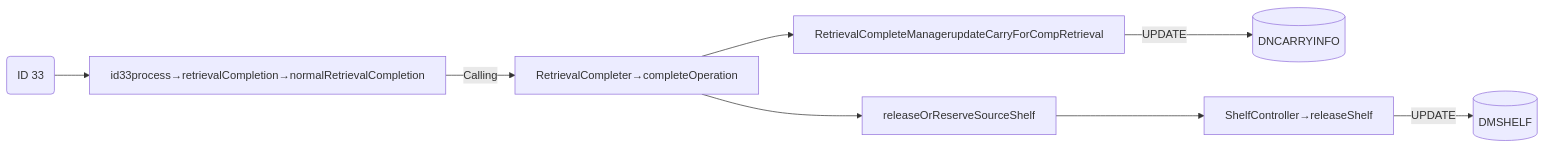
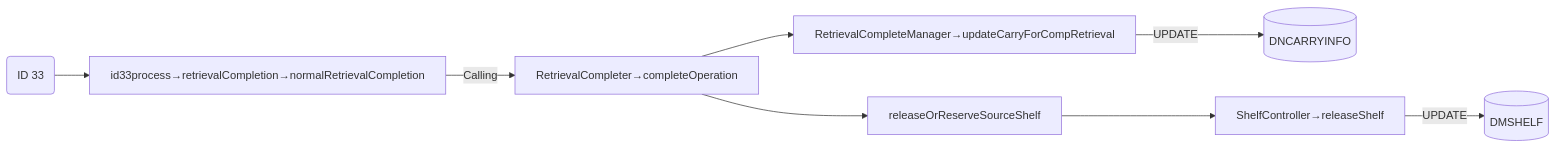
The ninth of 19 diagrams in Basic-Design/DFD-WMS/Retrieval/Specific-Location-Retrieval-Setting.md (luthfiadityaa/SimeDarby-Wiki), drawn with Mermaid before and after one commit.

Commit message:
Updated Specific Location Retrieval Setting

```diff
--- a/Basic-Design/DFD-WMS/Retrieval/Specific-Location-Retrieval-Setting.md
+++ b/Basic-Design/DFD-WMS/Retrieval/Specific-Location-Retrieval-Setting.md
@@ -429,22 +429,22 @@
 ::: mermaid
 flowchart LR
 
 id33("
 ID 33
 ")
 
 id33-update[("
 DMSHELF
 ")]
 
 id33-update2[("
 DNCARRYINFO
 ")]
 
 id33-->P1[id33process→retrievalCompletion→normalRetrievalCompletion]
 P1--> |Calling| P2[RetrievalCompleter→completeOperation]
 P4[releaseOrReserveSourceShelf]
-P5[RetrievalCompleteManagerupdateCarryForCompRetrieval]
+P5[RetrievalCompleteManager→updateCarryForCompRetrieval]
 P2-->P4-->P3[ShelfController→releaseShelf]--> |UPDATE| id33-update
 P2-->P5-->|UPDATE| id33-update2
 :::
```
